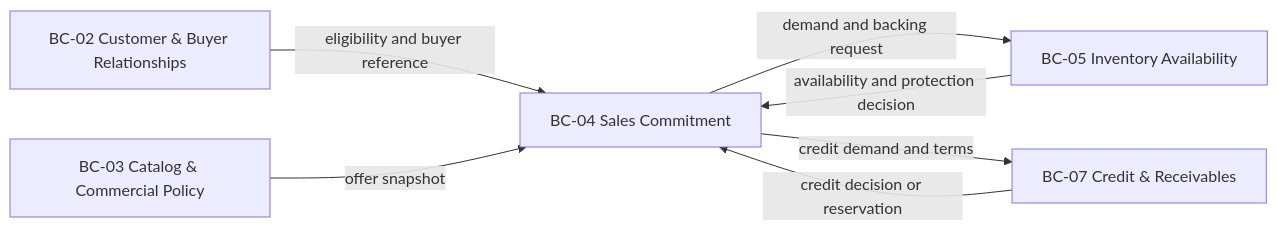
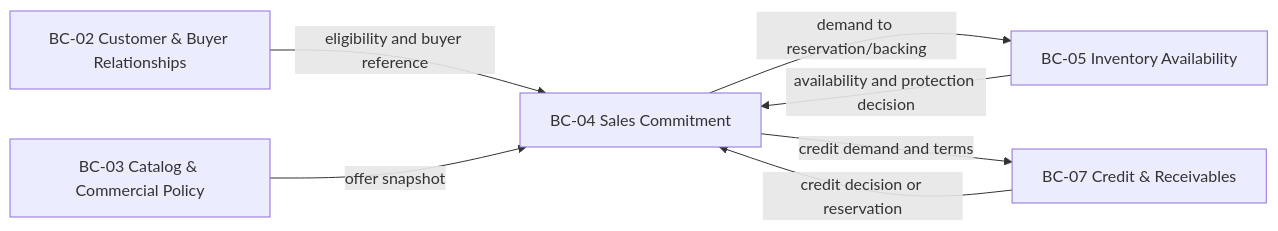
Before and after one commit to nexa-suite/mobile-report: the first of 5 diagrams in report/02-requirements-and-software-solution-design/2.5-strategic-level-domain-driven-design/2.5.2-context-mapping.md, drawn with Mermaid. The commit also changed other lines of this file and 41 other files, not shown here.

````diff
--- a/report/02-requirements-and-software-solution-design/2.5-strategic-level-domain-driven-design/2.5.2-context-mapping.md
+++ b/report/02-requirements-and-software-solution-design/2.5-strategic-level-domain-driven-design/2.5.2-context-mapping.md
@@ -32,9 +32,9 @@
 ```mermaid
 flowchart LR
   BC02["BC-02 Customer & Buyer Relationships"] -->|eligibility and buyer reference| BC04["BC-04 Sales Commitment"]
   BC03["BC-03 Catalog & Commercial Policy"] -->|offer snapshot| BC04
-  BC04 -->|demand and backing request| BC05["BC-05 Inventory Availability"]
+  BC04 -->|demand to reservation/backing| BC05["BC-05 Inventory Availability"]
   BC05 -->|availability and protection decision| BC04
   BC04 -->|credit demand and terms| BC07["BC-07 Credit & Receivables"]
   BC07 -->|credit decision or reservation| BC04
 ```
````
